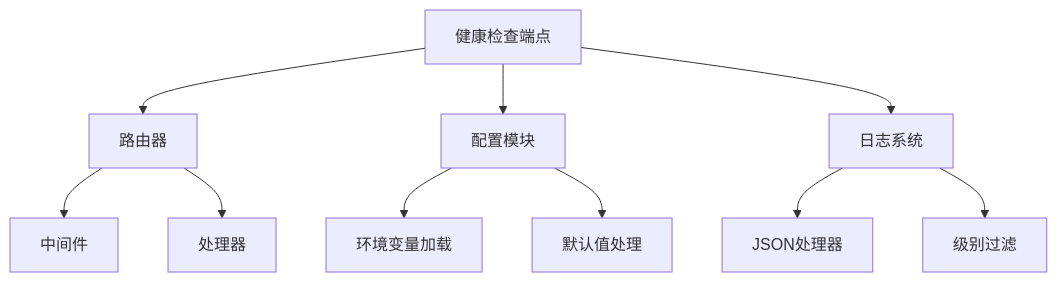
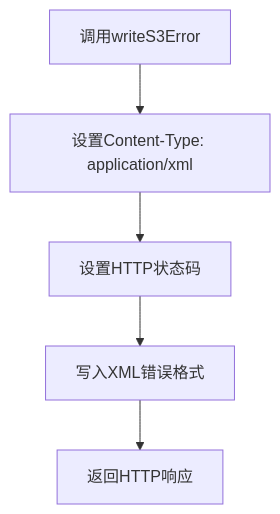
One commit to flying1574/S3Proxy4GCS changed the sixth of 7 diagrams in .qoder/repowiki/zh/content/API参考/健康检查端点.md. Above: the diagram before and after it, drawn with Mermaid. The commit also changed other lines of this file and 5 other files, not shown here.

````diff
--- a/.qoder/repowiki/zh/content/API参考/健康检查端点.md
+++ b/.qoder/repowiki/zh/content/API参考/健康检查端点.md
@@ -249,12 +266,7 @@
 ```mermaid
-graph TD
-Health[健康检查端点] --> Router[路由器]
-Health --> Config[配置模块]
-Health --> Logger[日志系统]
-Router --> Middleware[中间件]
-Router --> Handlers[处理器]
-Config --> EnvLoader[环境变量加载]
-Config --> Defaults[默认值处理]
-Logger --> JSONHandler[JSON处理器]
-Logger --> LevelFilter[级别过滤]
+flowchart TD
+ErrorCall[调用writeS3Error] --> SetHeaders[设置Content-Type: application/xml]
+SetHeaders --> SetStatus[设置HTTP状态码]
+SetStatus --> WriteError[写入XML错误格式]
+WriteError --> Response[返回HTTP响应]
 ```
````
